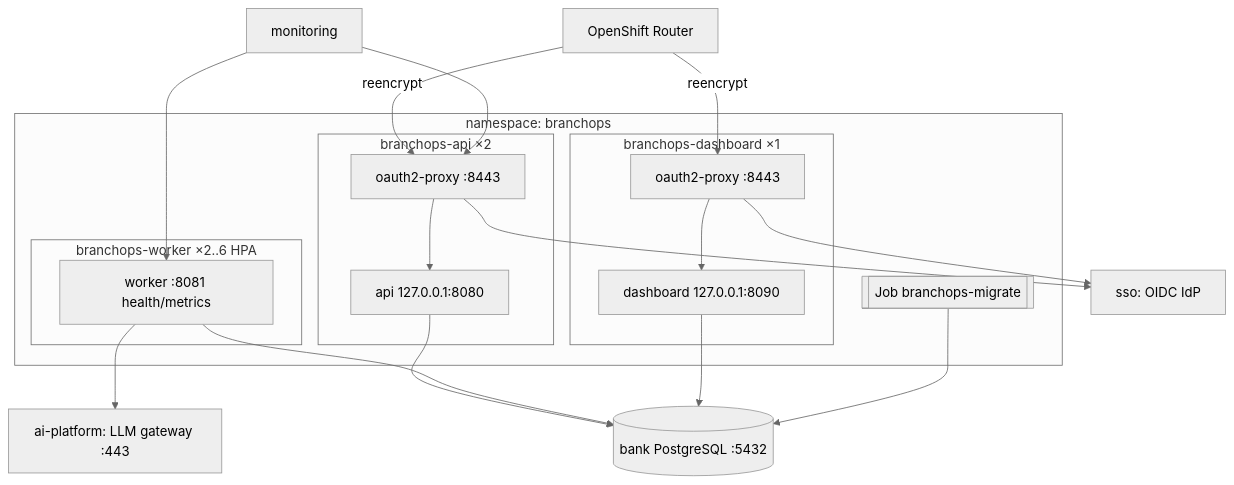
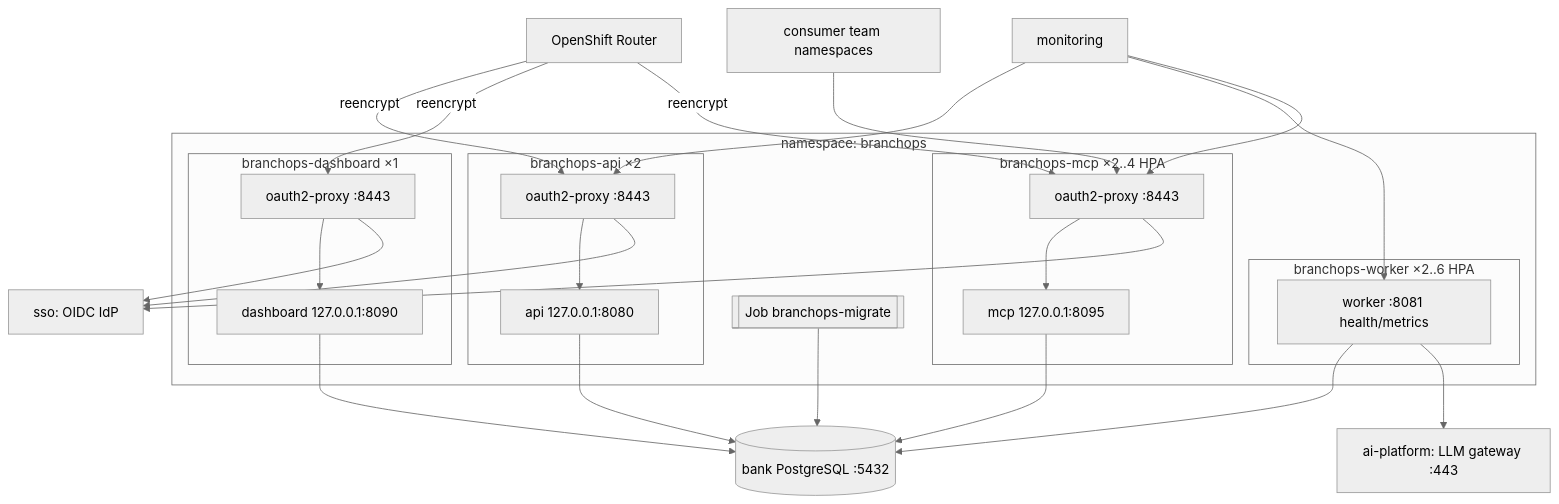
One commit to mecitsemerci/branchops-intelligence changed the diagram in docs/openshift-deployment.md. Above: the diagram before and after it, drawn with Mermaid (neutral theme). The commit also changed other lines of this file and 20 other files, not shown here.

````diff
--- a/docs/openshift-deployment.md
+++ b/docs/openshift-deployment.md
@@ -5,20 +5,24 @@
 ```mermaid
 flowchart TB
     subgraph ns[namespace: branchops]
         subgraph apipod[branchops-api ×2]
             P1[oauth2-proxy :8443] --> A[api 127.0.0.1:8080]
         end
         subgraph wpod[branchops-worker ×2..6 HPA]
             W[worker :8081 health/metrics]
         end
         subgraph dpod[branchops-dashboard ×1]
             P2[oauth2-proxy :8443] --> D[dashboard 127.0.0.1:8090]
         end
+        subgraph mpod[branchops-mcp ×2..4 HPA]
+            P3[oauth2-proxy :8443] --> M[mcp 127.0.0.1:8095]
+        end
         J[[Job branchops-migrate]]
     end
-    R[OpenShift Router] -->|reencrypt| P1 & P2
-    A & W & D & J --> PG[(bank PostgreSQL :5432)]
+    R[OpenShift Router] -->|reencrypt| P1 & P2 & P3
+    C[consumer team namespaces] --> P3
+    A & W & D & M & J --> PG[(bank PostgreSQL :5432)]
     W --> LLM[ai-platform: LLM gateway :443]
-    P1 & P2 --> SSO[sso: OIDC IdP]
-    Prom[monitoring] --> P1 & W
+    P1 & P2 & P3 --> SSO[sso: OIDC IdP]
+    Prom[monitoring] --> P1 & W & P3
 ```
````
